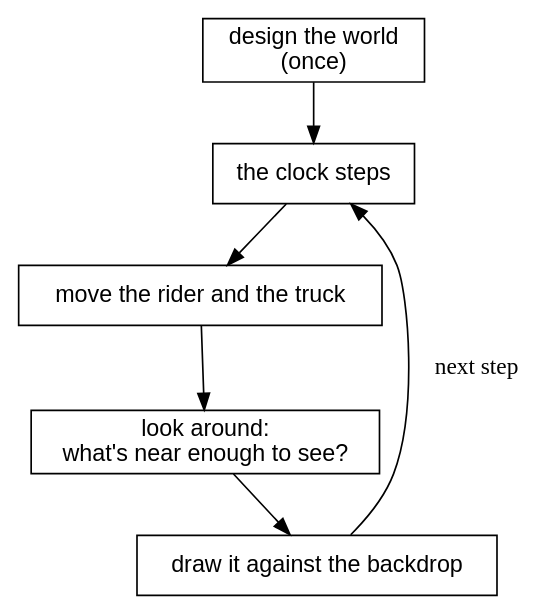
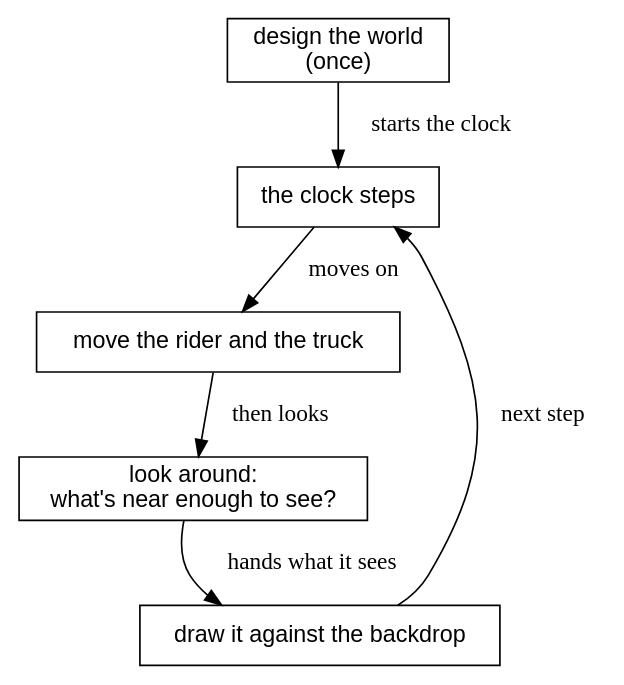
One commit to showell/roc-apps changed the first of 30 diagrams in canvas_apps/safari/tutorial/tutorial.md. Above: the diagram before and after it, drawn with Graphviz. The commit also changed other lines of this file, not shown here.

````diff
--- a/canvas_apps/safari/tutorial/tutorial.md
+++ b/canvas_apps/safari/tutorial/tutorial.md
@@ -27,15 +27,15 @@
 ```dot
 digraph problem {
   node [shape=box, fontname="Helvetica"];
   world [label="design the world\n(once)"];
   step [label="the clock steps"];
   move [label="move the rider and the truck"];
   look [label="look around:\nwhat's near enough to see?"];
   draw [label="draw it against the backdrop"];
-  world -> step;
-  step -> move;
-  move -> look;
-  look -> draw;
+  world -> step [label="  starts the clock"];
+  step -> move [label="  moves on"];
+  move -> look [label="  then looks"];
+  look -> draw [label="  hands what it sees"];
   draw -> step [label="  next step"];
 }
 ```
````
